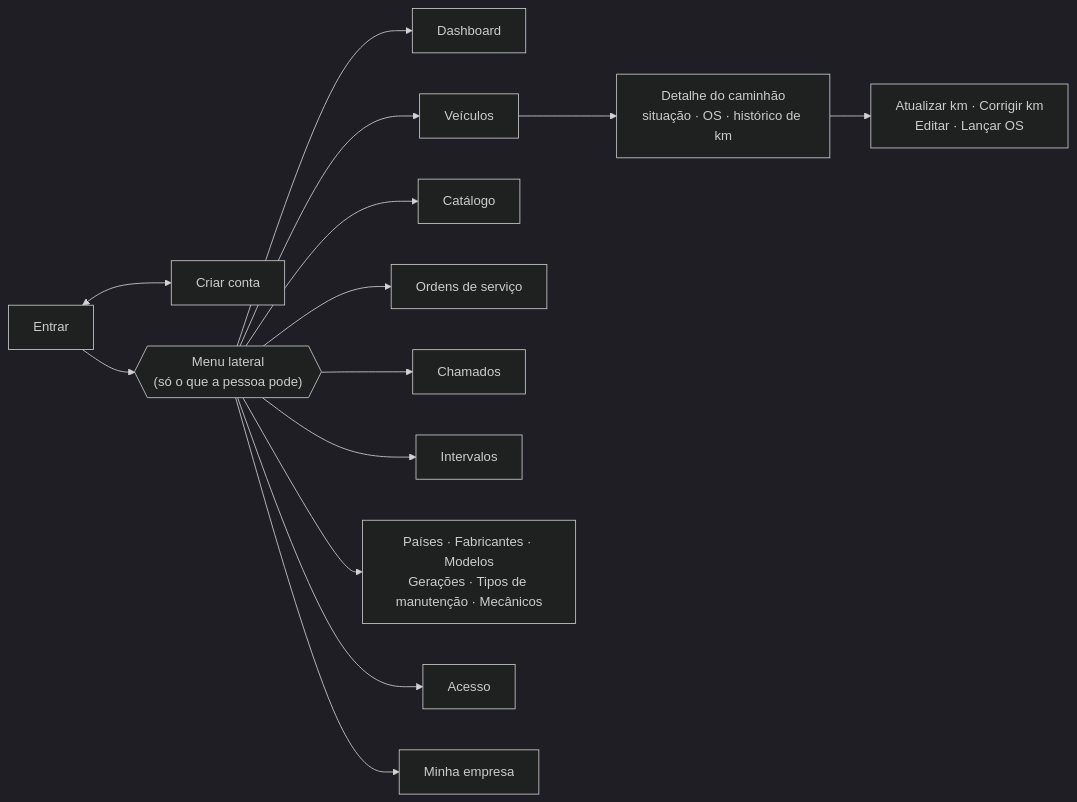
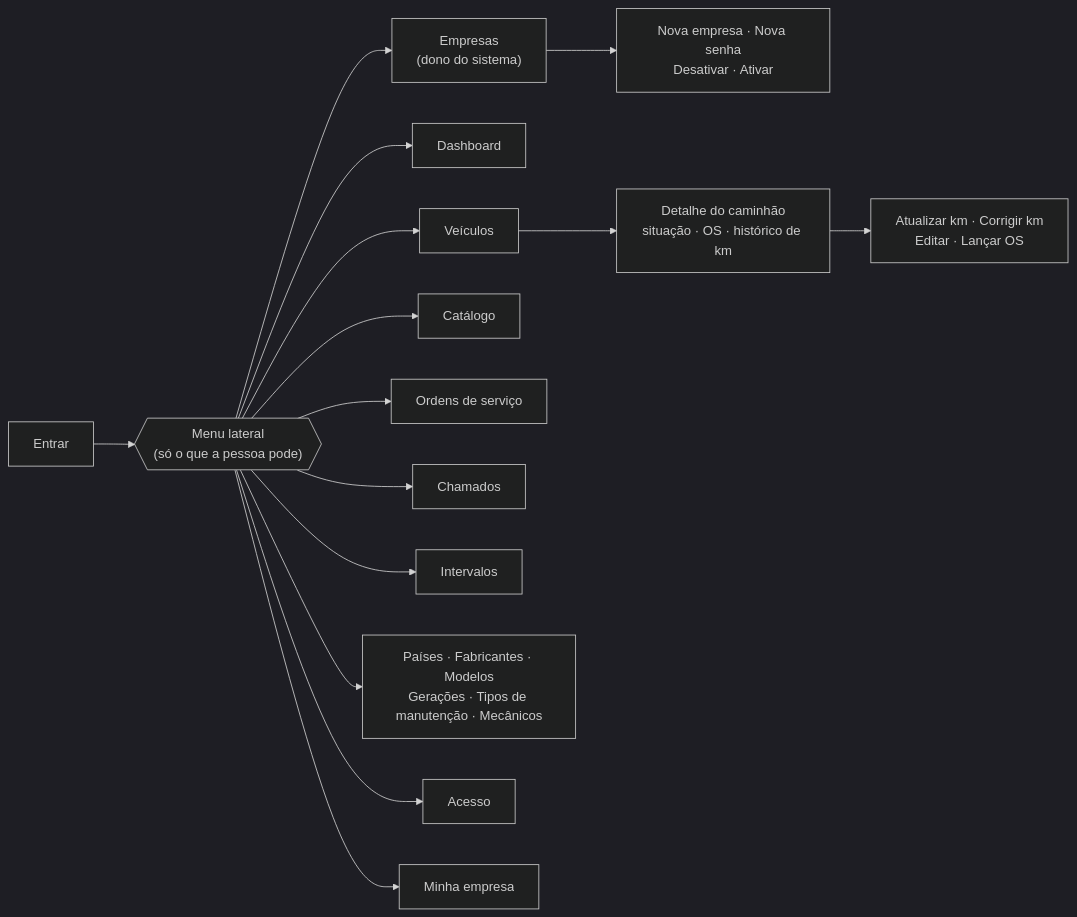
The first of 2 diagrams in docs/telas.md (LeandroPoletti/CheckTruck), drawn with Mermaid (dark theme) before and after one commit. The commit also changed other lines of this file and 38 other files, not shown here.

Commit message:
Empresas cadastradas pelo dono do sistema e fim do Criar conta

````diff
--- a/docs/telas.md
+++ b/docs/telas.md
@@ -8,17 +8,18 @@
 ```mermaid
 flowchart LR
-    login["Entrar"] <--> criar["Criar conta"]
-    login --> menu{{"Menu lateral<br/>(só o que a pessoa pode)"}}
+    login["Entrar"] --> menu{{"Menu lateral<br/>(só o que a pessoa pode)"}}
 
+    menu --> empresas["Empresas<br/>(dono do sistema)"]
+    empresas --> acoesEmp["Nova empresa · Nova senha<br/>Desativar · Ativar"]
     menu --> dash["Dashboard"]
     menu --> veic["Veículos"]
     veic --> det["Detalhe do caminhão<br/>situação · OS · histórico de km"]
     det --> acoes["Atualizar km · Corrigir km<br/>Editar · Lançar OS"]
     menu --> cat["Catálogo"]
     menu --> os["Ordens de serviço"]
     menu --> cham["Chamados"]
     menu --> int["Intervalos"]
     menu --> cad["Países · Fabricantes · Modelos<br/>Gerações · Tipos de manutenção · Mecânicos"]
     menu --> acesso["Acesso"]
     menu --> emp["Minha empresa"]
 ```
````
